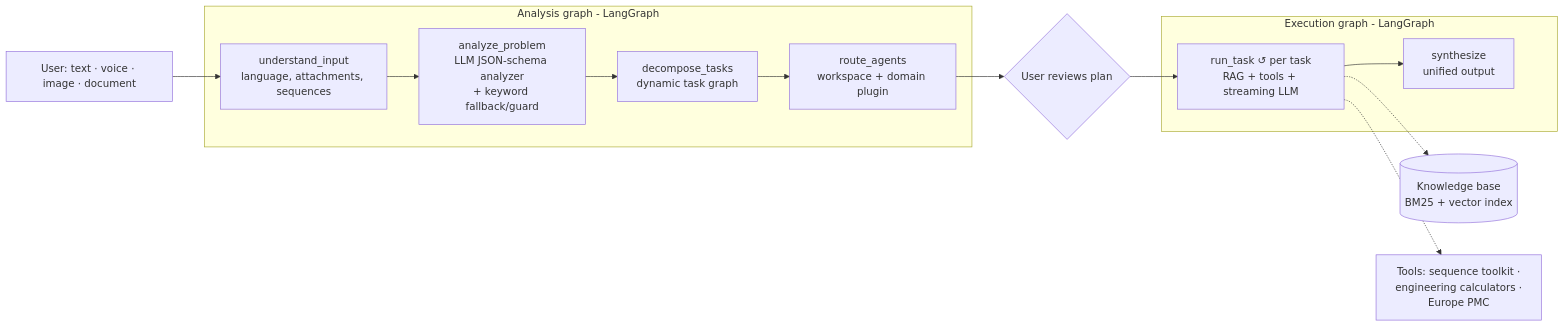
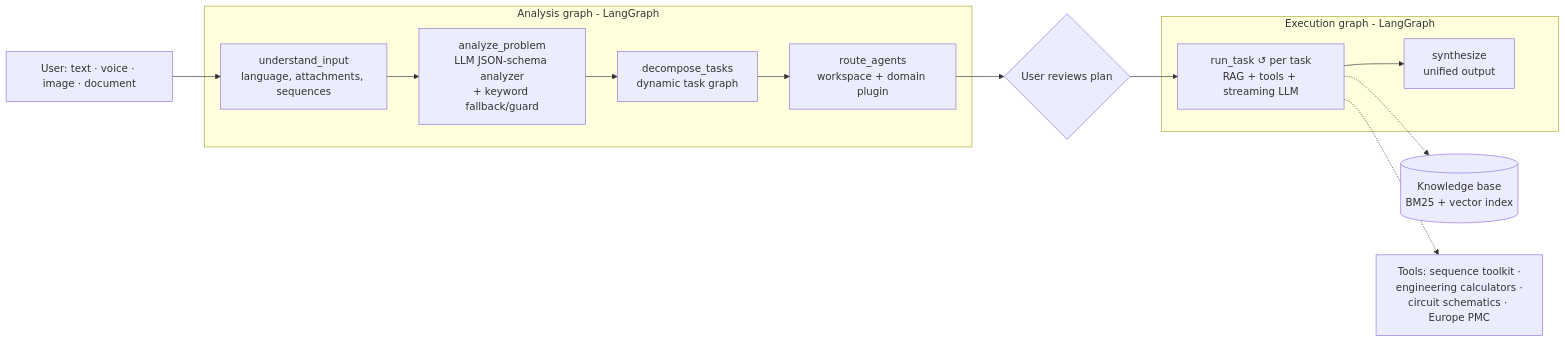
One commit to athesprasath10-collab/nexgraft-ai changed the diagram in README.md. Above: the diagram before and after it, drawn with Mermaid. The commit also changed other lines of this file and 20 other files, not shown here.

First line of the commit message:
Add circuit schematics to Hardware Design AI

````diff
--- a/README.md
+++ b/README.md
@@ -76,15 +76,15 @@
 ```mermaid
 flowchart LR
   U[User: text · voice · image · document] --> A
   subgraph Analysis graph - LangGraph
     A[understand_input<br/>language, attachments, sequences] --> B[analyze_problem<br/>LLM JSON-schema analyzer<br/>+ keyword fallback/guard]
     B --> C[decompose_tasks<br/>dynamic task graph] --> D[route_agents<br/>workspace + domain plugin]
   end
   D --> P{User reviews plan}
   P --> E
   subgraph Execution graph - LangGraph
     E[run_task ↺ per task<br/>RAG + tools + streaming LLM] --> S[synthesize<br/>unified output]
   end
   E -.-> K[(Knowledge base<br/>BM25 + vector index)]
-  E -.-> T[Tools: sequence toolkit ·<br/>engineering calculators ·<br/>Europe PMC]
+  E -.-> T[Tools: sequence toolkit ·<br/>engineering calculators ·<br/>circuit schematics · Europe PMC]
 ```
````
